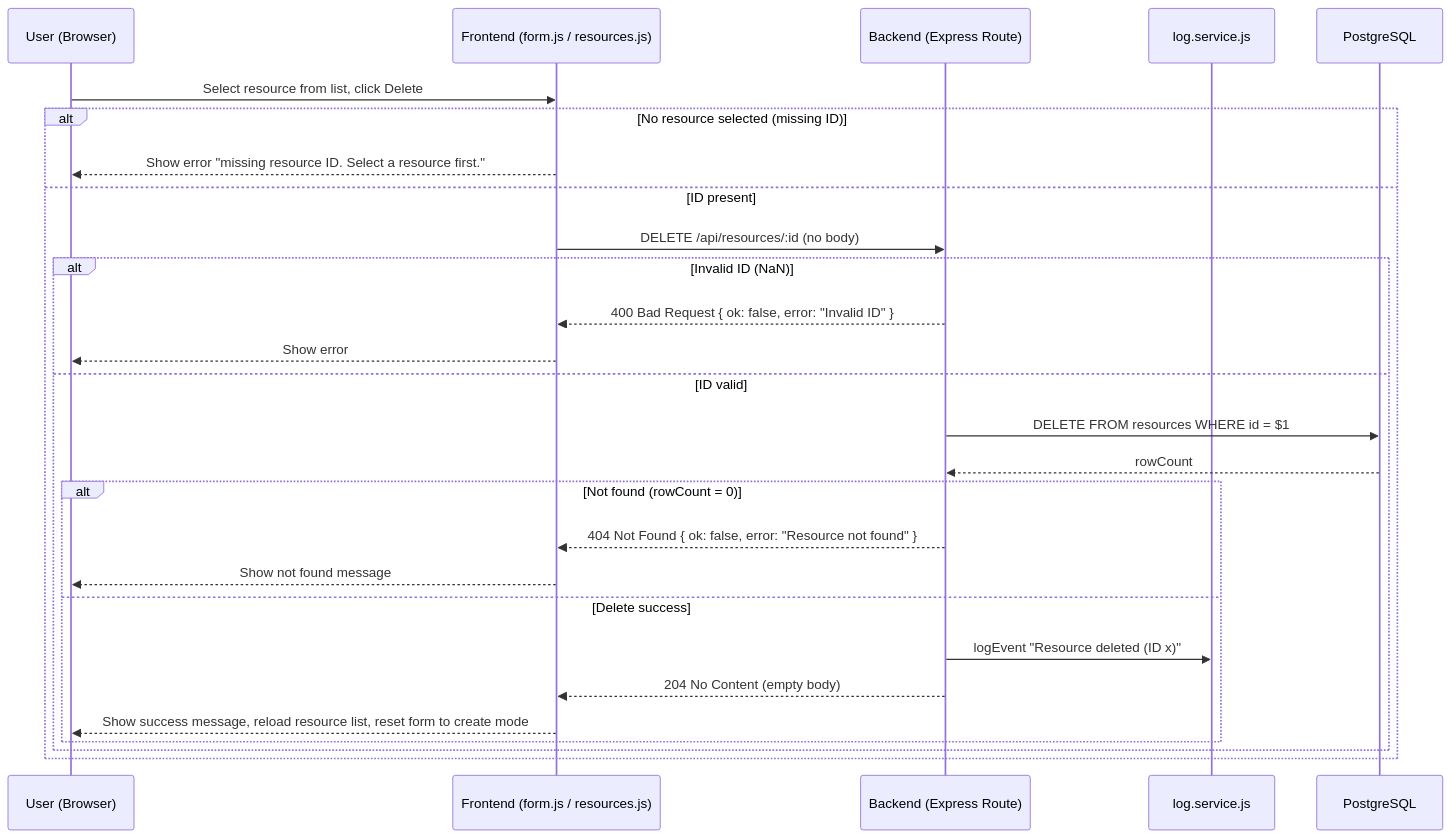
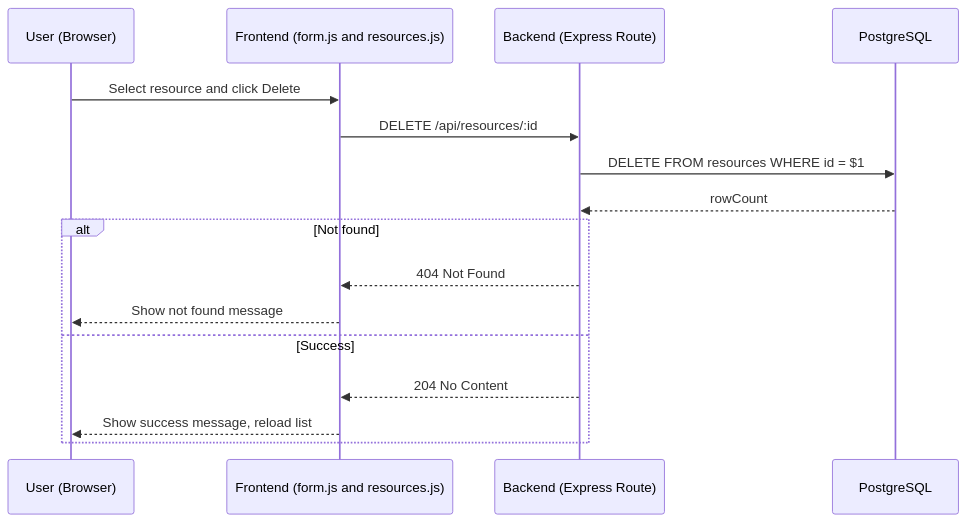
Before and after one commit to IbnBaqqi/adv-web: the fourth of 4 diagrams in BookingSystem/Phase6/G1_CRUD_DataFlow.md, drawn with Mermaid. The commit also changed other lines of this file, not shown here.

````diff
--- a/BookingSystem/Phase6/G1_CRUD_DataFlow.md
+++ b/BookingSystem/Phase6/G1_CRUD_DataFlow.md
@@ -150,33 +123,21 @@
 ```mermaid
 sequenceDiagram
     participant U as User (Browser)
-    participant F as Frontend (form.js / resources.js)
+    participant F as Frontend (form.js and resources.js)
     participant B as Backend (Express Route)
-    participant L as log.service.js
     participant DB as PostgreSQL
 
-    U->>F: Select resource from list, click Delete
+    U->>F: Select resource and click Delete
+    F->>B: DELETE /api/resources/:id
 
-    alt No resource selected (missing ID)
-        F-->>U: Show error "missing resource ID. Select a resource first."
-    else ID present
-        F->>B: DELETE /api/resources/:id (no body)
+    B->>DB: DELETE FROM resources WHERE id = $1
+    DB-->>B: rowCount
 
-        alt Invalid ID (NaN)
-            B-->>F: 400 Bad Request { ok: false, error: "Invalid ID" }
-            F-->>U: Show error
-        else ID valid
-            B->>DB: DELETE FROM resources WHERE id = $1
-            DB-->>B: rowCount
-
-            alt Not found (rowCount = 0)
-                B-->>F: 404 Not Found { ok: false, error: "Resource not found" }
-                F-->>U: Show not found message
-            else Delete success
-                B->>L: logEvent "Resource deleted (ID x)"
-                B-->>F: 204 No Content (empty body)
-                F-->>U: Show success message, reload resource list, reset form to create mode
-            end
-        end
+    alt Not found
+        B-->>F: 404 Not Found
+        F-->>U: Show not found message
+    else Success
+        B-->>F: 204 No Content
+        F-->>U: Show success message, reload list
     end
 ```
````
